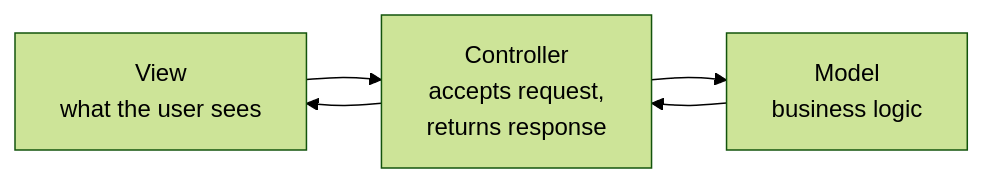
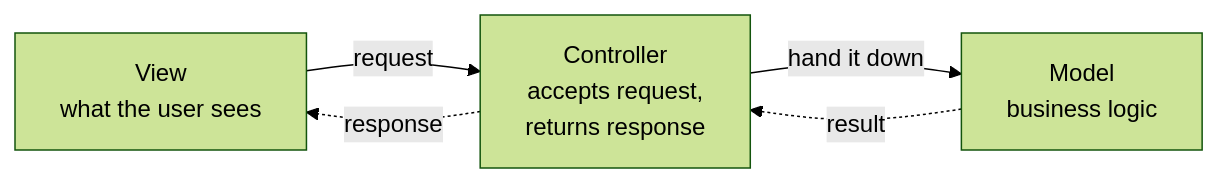
One commit to Dummy-Bug/system-design-handbook changed the second of 2 diagrams in Backend Engineering/05-Layered-Architecture/01-MVC.md. Above: the diagram before and after it, drawn with Mermaid (forest theme). The commit also changed 29 other files, not shown here.

````diff
--- a/Backend Engineering/05-Layered-Architecture/01-MVC.md
+++ b/Backend Engineering/05-Layered-Architecture/01-MVC.md
@@ -74,7 +74,7 @@
 ```mermaid
 flowchart LR
-    V["View<br/>what the user sees"] --> C["Controller<br/>accepts request,<br/>returns response"]
-    C --> M["Model<br/>business logic"]
-    M --> C
-    C --> V
+    V["View<br/>what the user sees"] -- "request" --> C["Controller<br/>accepts request,<br/>returns response"]
+    C -- "hand it down" --> M["Model<br/>business logic"]
+    M -. "result" .-> C
+    C -. "response" .-> V
 ```
````
